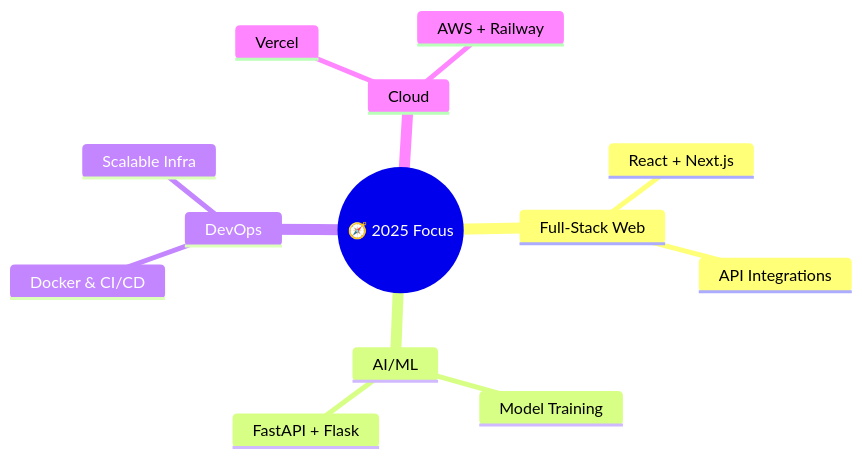
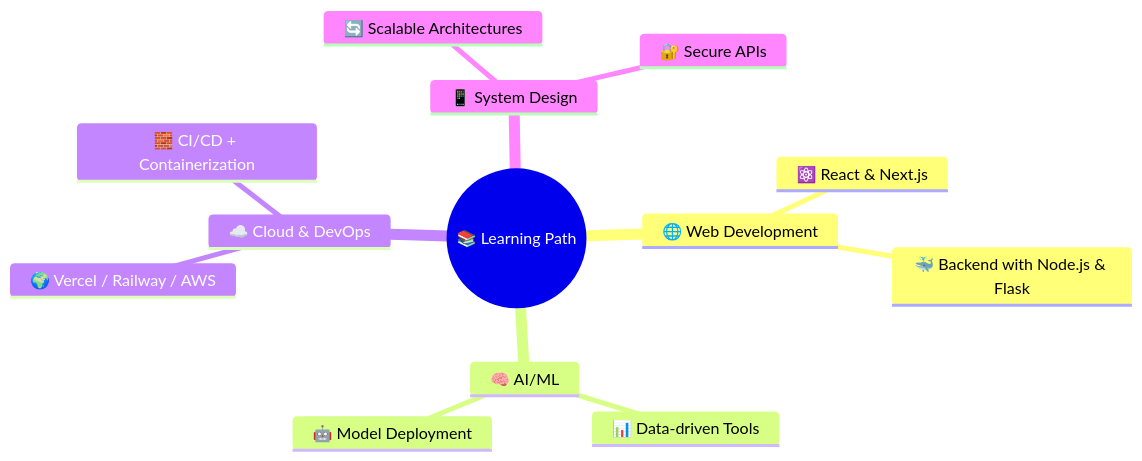
Before and after one commit to ADARSH4118/ADARSH4118: the diagram in README.md, drawn with Mermaid. The commit also changed other lines of this file, not shown here.

````diff
--- a/README.md
+++ b/README.md
@@ -79,16 +87,16 @@
 ```mermaid
 mindmap
-  root((🧭 2025 Focus))
-    Full-Stack Web
-      React + Next.js
-      API Integrations
-    AI/ML
-      Model Training
-      FastAPI + Flask
-    DevOps
-      Docker & CI/CD
-      Scalable Infra
-    Cloud
-      Vercel
-      AWS + Railway
+  root((📚 Learning Path))
+    🌐 Web Development
+      ⚛️ React & Next.js
+      🐳 Backend with Node.js & Flask
+    🧠 AI/ML
+      📊 Data-driven Tools
+      🤖 Model Deployment
+    ☁️ Cloud & DevOps
+      🌍 Vercel / Railway / AWS
+      🧱 CI/CD + Containerization
+    📱 System Design
+      🔄 Scalable Architectures
+      🔐 Secure APIs
 ```
````
